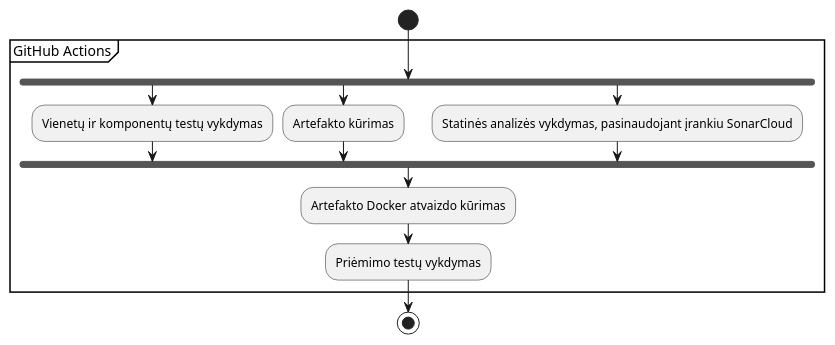
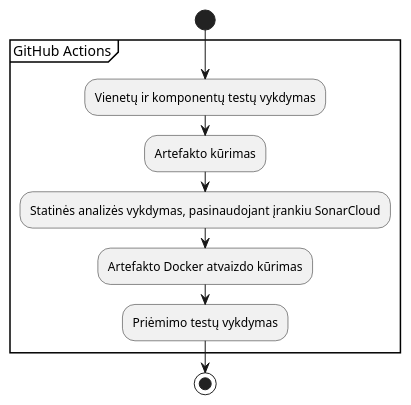
The diagram in docs/CI.puml (mila973/CD-pipeline-app), drawn with PlantUML before and after one commit. The commit also changed 1 other file, not shown here.

```diff
--- a/docs/CI.puml
+++ b/docs/CI.puml
@@ -1,19 +1,15 @@
 @startuml
 skinparam ConditionEndStyle hline
 skinparam defaultTextAlignment center
 start
 
     partition "GitHub Actions" {
-        fork
         :Vienetų ir komponentų testų vykdymas;
-        fork again
         :Artefakto kūrimas;
-        fork again
         :Statinės analizės vykdymas, pasinaudojant įrankiu SonarCloud;
-        end fork
         :Artefakto Docker atvaizdo kūrimas;
         :Priėmimo testų vykdymas;
     }
 
 stop
 @enduml
```
